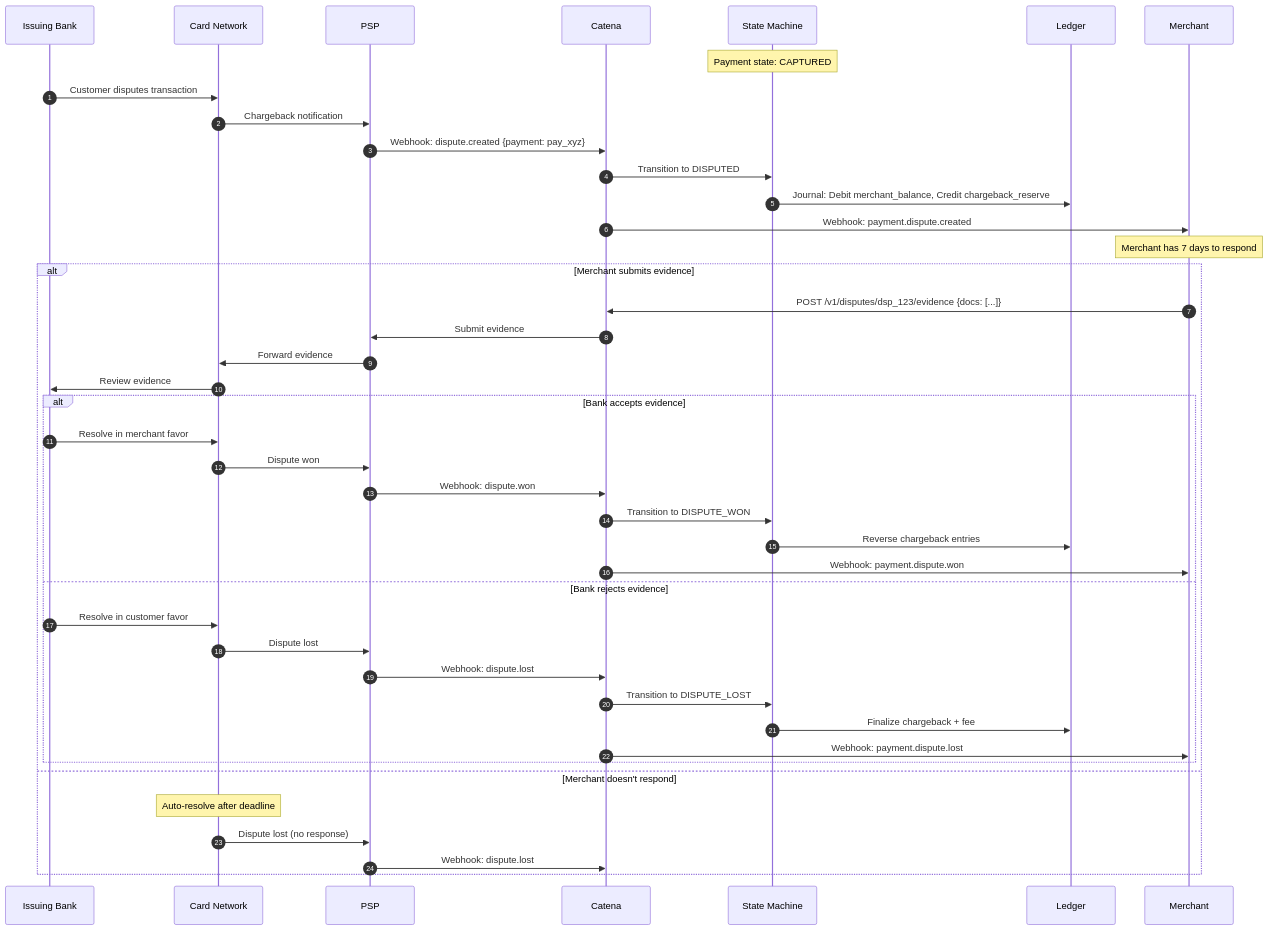
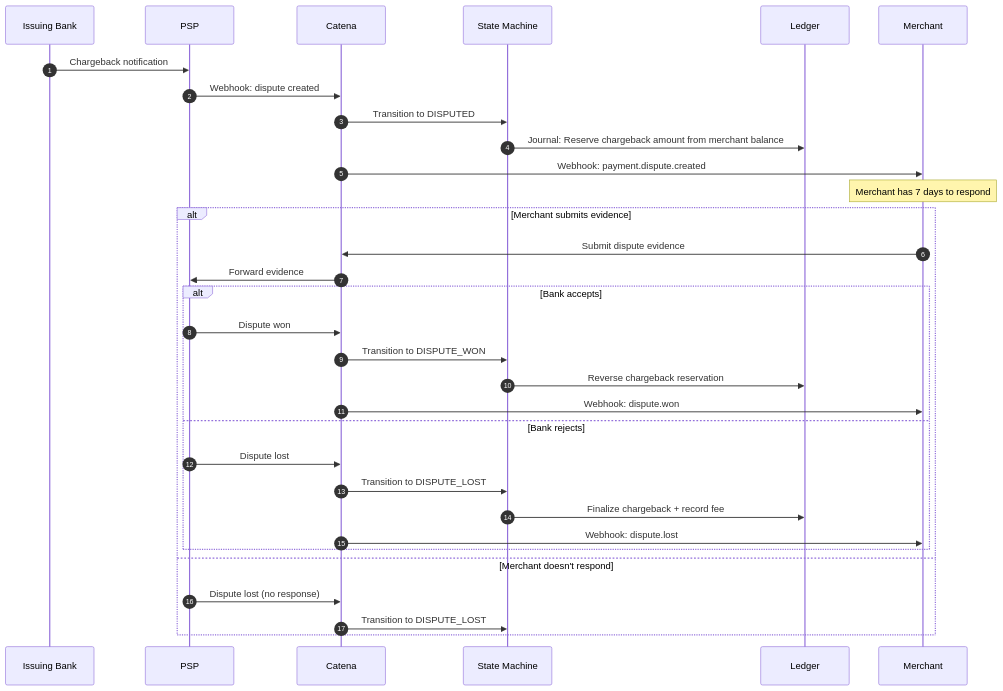
One commit to ashishthakur913/catenadocs changed diagram 11 of 15 in PRD.md. Above: the diagram before and after it, drawn with Mermaid. The commit also changed other lines of this file and 1 other file, not shown here.

````diff
--- a/PRD.md
+++ b/PRD.md
@@ -1168,51 +820,37 @@
 ```mermaid
 sequenceDiagram
     autonumber
     participant B as Issuing Bank
-    participant N as Card Network
     participant P as PSP
     participant C as Catena
     participant S as State Machine
     participant L as Ledger
     participant M as Merchant
     
-    Note over S: Payment state: CAPTURED
-    
-    B->>N: Customer disputes transaction
-    N->>P: Chargeback notification
-    P->>C: Webhook: dispute.created {payment: pay_xyz}
-    
+    B->>P: Chargeback notification
+    P->>C: Webhook: dispute created
     C->>S: Transition to DISPUTED
-    S->>L: Journal: Debit merchant_balance, Credit chargeback_reserve
-    
+    S->>L: Journal: Reserve chargeback amount from merchant balance
     C->>M: Webhook: payment.dispute.created
     
     Note over M: Merchant has 7 days to respond
     
     alt Merchant submits evidence
-        M->>C: POST /v1/disputes/dsp_123/evidence {docs: [...]}
-        C->>P: Submit evidence
-        P->>N: Forward evidence
-        N->>B: Review evidence
-        
-        alt Bank accepts evidence
-            B->>N: Resolve in merchant favor
-            N->>P: Dispute won
-            P->>C: Webhook: dispute.won
+        M->>C: Submit dispute evidence
+        C->>P: Forward evidence
+        alt Bank accepts
+            P->>C: Dispute won
             C->>S: Transition to DISPUTE_WON
-            S->>L: Reverse chargeback entries
-            C->>M: Webhook: payment.dispute.won
-        else Bank rejects evidence
-            B->>N: Resolve in customer favor
-            N->>P: Dispute lost
-            P->>C: Webhook: dispute.lost
+            S->>L: Reverse chargeback reservation
+            C->>M: Webhook: dispute.won
+        else Bank rejects
+            P->>C: Dispute lost
             C->>S: Transition to DISPUTE_LOST
-            S->>L: Finalize chargeback + fee
-            C->>M: Webhook: payment.dispute.lost
+            S->>L: Finalize chargeback + record fee
+            C->>M: Webhook: dispute.lost
         end
     else Merchant doesn't respond
-        Note over N: Auto-resolve after deadline
-        N->>P: Dispute lost (no response)
-        P->>C: Webhook: dispute.lost
+        P->>C: Dispute lost (no response)
+        C->>S: Transition to DISPUTE_LOST
     end
 ```
````
